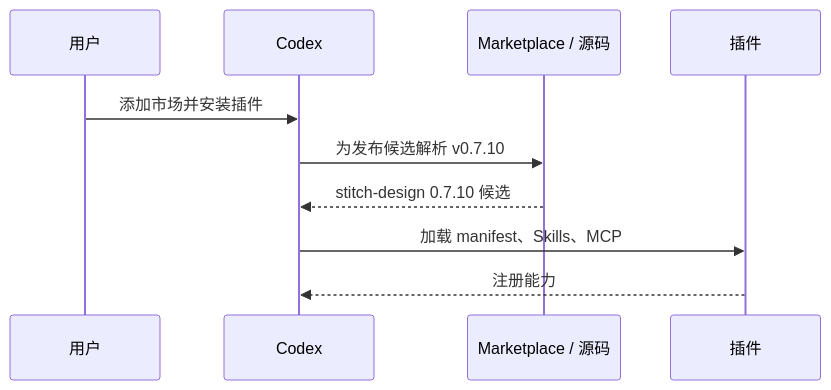
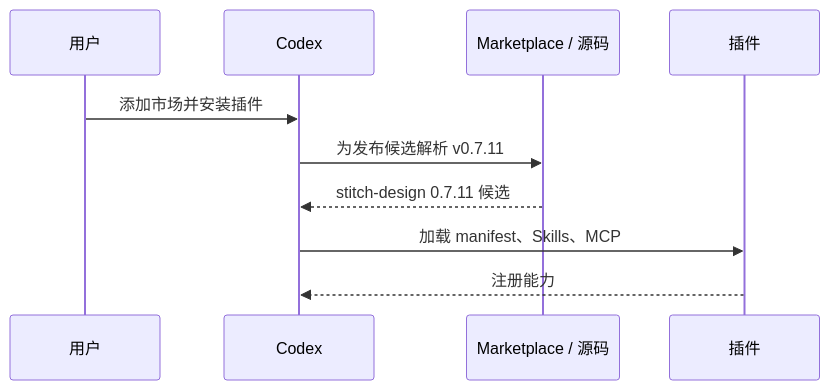
Before and after one commit to full-stack-plugins/stitch-design-plugin: the seventh of 11 diagrams in docs/Stitch-Design-Architecture.zh_CN.md, drawn with Mermaid. The commit also changed other lines of this file and 15 other files, not shown here.

````diff
--- a/docs/Stitch-Design-Architecture.zh_CN.md
+++ b/docs/Stitch-Design-Architecture.zh_CN.md
@@ -173,12 +173,12 @@
 ```mermaid
 sequenceDiagram
     participant U as 用户
     participant C as Codex
     participant M as Marketplace / 源码
     participant P as 插件
     U->>C: 添加市场并安装插件
-    C->>M: 为发布候选解析 v0.7.10
-    M-->>C: stitch-design 0.7.10 候选
+    C->>M: 为发布候选解析 v0.7.11
+    M-->>C: stitch-design 0.7.11 候选
     C->>P: 加载 manifest、Skills、MCP
     P-->>C: 注册能力
 ```
````
